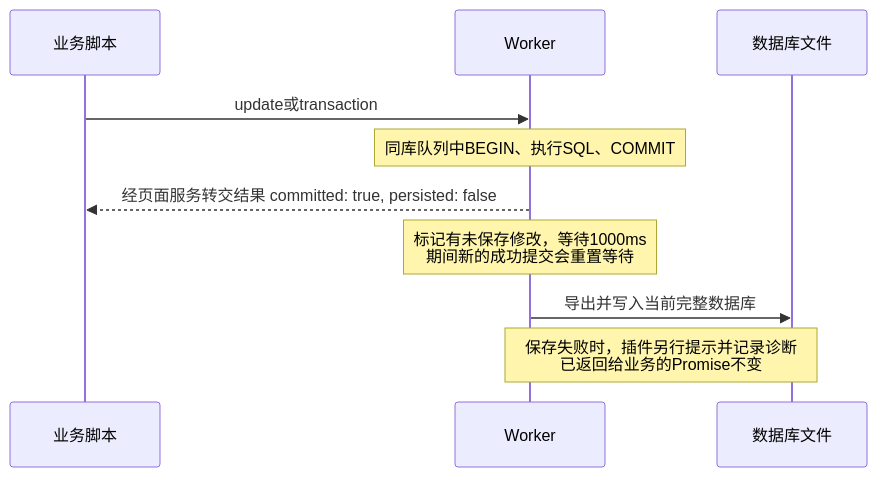
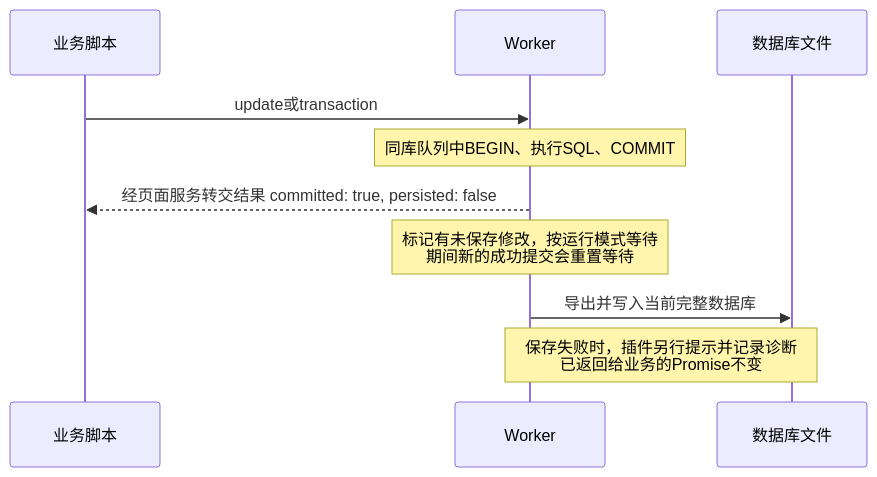
Before and after one commit to q3boy/st-sqlite-helper: the diagram in skills/dvs-card-authoring/references/helper-sql.md, drawn with Mermaid. The commit also changed other lines of this file and 26 other files, not shown here.

````diff
--- a/skills/dvs-card-authoring/references/helper-sql.md
+++ b/skills/dvs-card-authoring/references/helper-sql.md
@@ -129,12 +129,12 @@
 ```mermaid
 sequenceDiagram
     participant B as 业务脚本
     participant W as Worker
     participant F as 数据库文件
     B->>W: update或transaction
     Note over W: 同库队列中BEGIN、执行SQL、COMMIT
     W-->>B: 经页面服务转交结果 committed: true, persisted: false
-    Note over W: 标记有未保存修改，等待1000ms<br/>期间新的成功提交会重置等待
+    Note over W: 标记有未保存修改，按运行模式等待<br/>期间新的成功提交会重置等待
     W->>F: 导出并写入当前完整数据库
     Note over W,F: 保存失败时，插件另行提示并记录诊断<br/>已返回给业务的Promise不变
 ```
````
